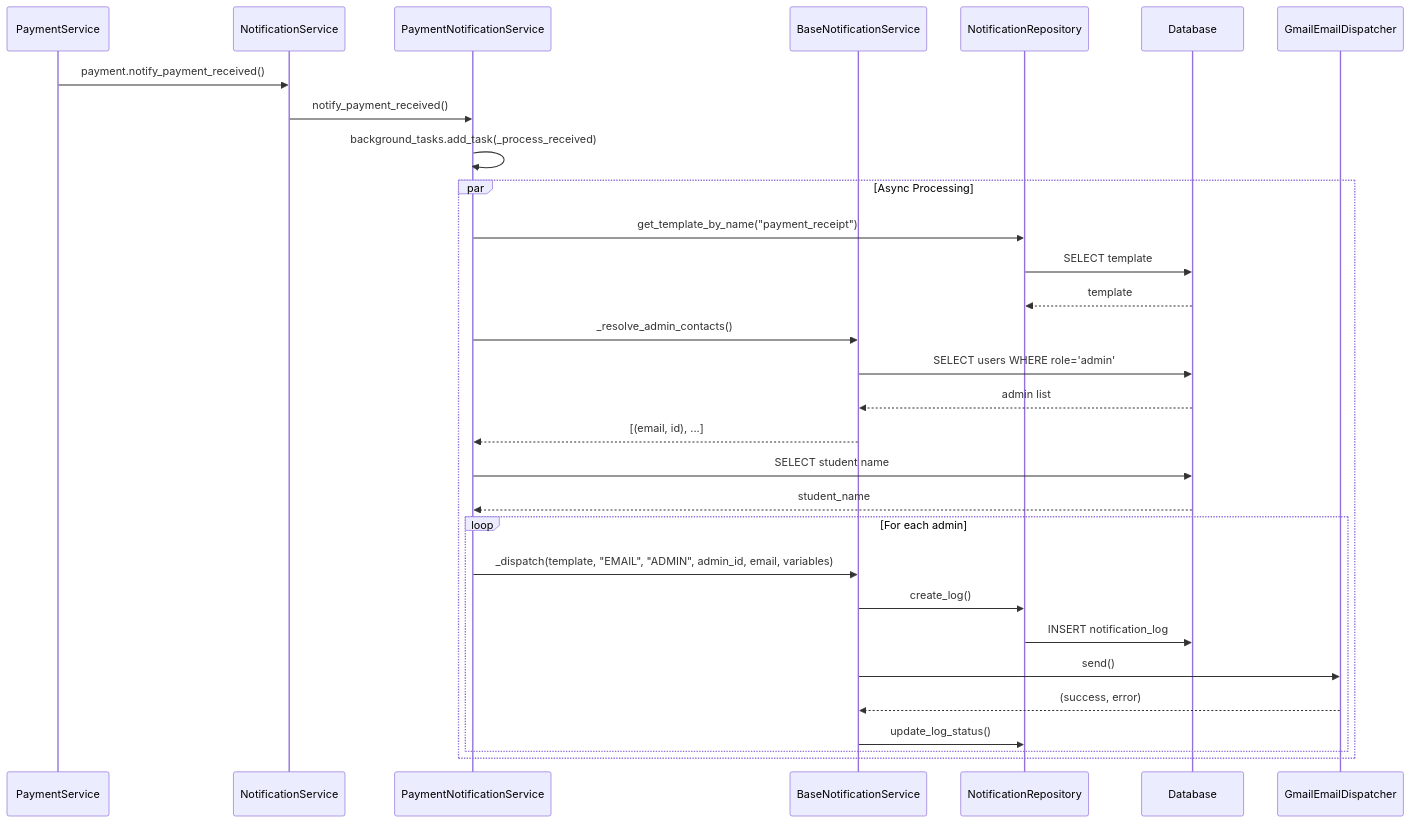
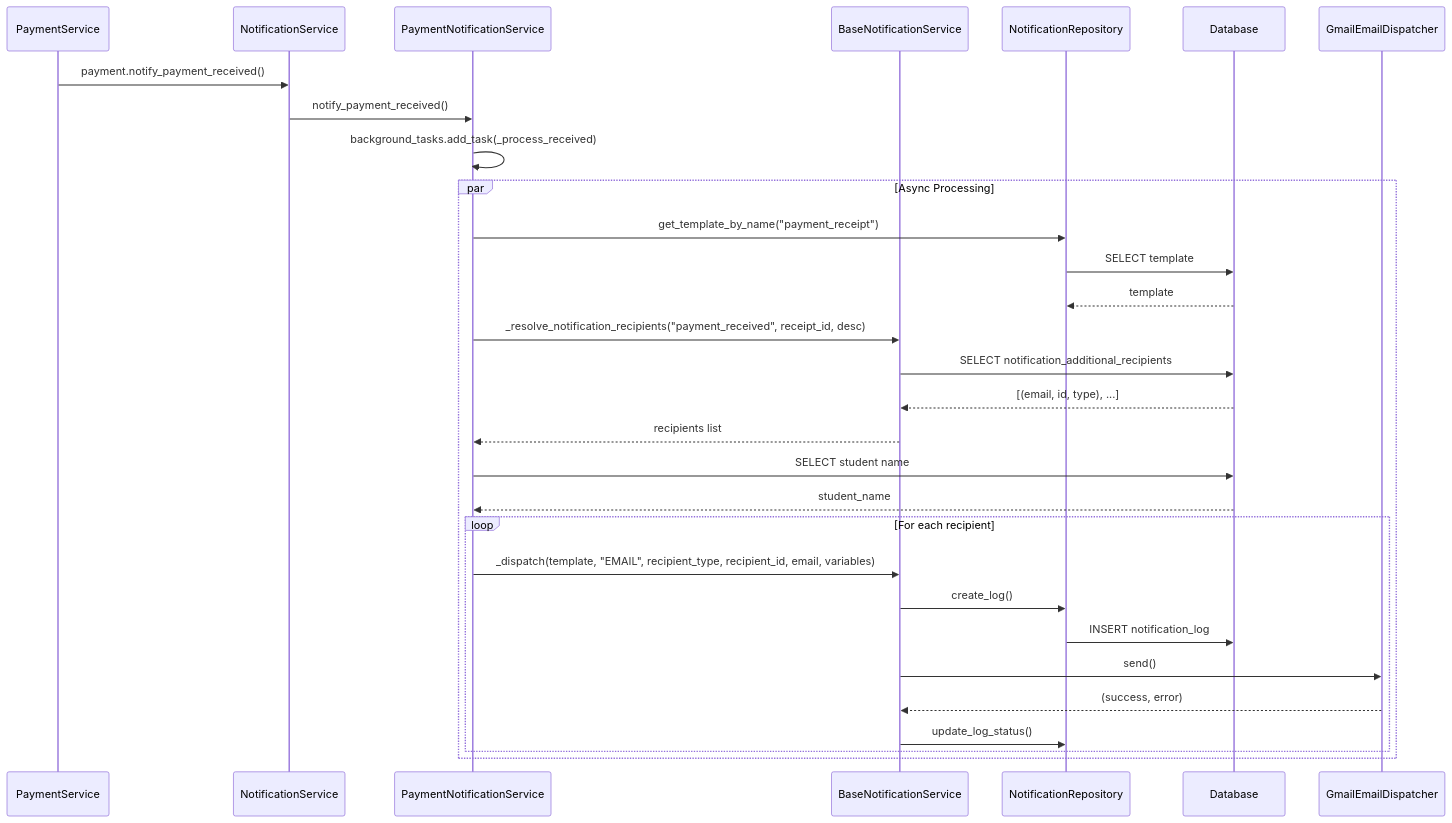
Before and after one commit to ibrhmahmd/techno-terminal: the fifth of 8 diagrams in docs/notification-architecture.md, drawn with Mermaid. The commit also changed other lines of this file, not shown here.

Commit message:
docs: update notification architecture documentation

````diff
--- a/docs/notification-architecture.md
+++ b/docs/notification-architecture.md
@@ -286,37 +285,37 @@
 ```mermaid
 sequenceDiagram
     participant Client as PaymentService
     participant NS as NotificationService
     participant PN as PaymentNotificationService
     participant BNS as BaseNotificationService
     participant Repo as NotificationRepository
     participant DB as Database
     participant Email as GmailEmailDispatcher
     
     Client->>NS: payment.notify_payment_received()
     NS->>PN: notify_payment_received()
     PN->>PN: background_tasks.add_task(_process_received)
     
     par Async Processing
         PN->>Repo: get_template_by_name("payment_receipt")
         Repo->>DB: SELECT template
         DB-->>Repo: template
         
-        PN->>BNS: _resolve_admin_contacts()
-        BNS->>DB: SELECT users WHERE role='admin'
-        DB-->>BNS: admin list
-        BNS-->>PN: [(email, id), ...]
+        PN->>BNS: _resolve_notification_recipients("payment_received", receipt_id, desc)
+        BNS->>DB: SELECT notification_additional_recipients
+        DB-->>BNS: [(email, id, type), ...]
+        BNS-->>PN: recipients list
         
         PN->>DB: SELECT student name
         DB-->>PN: student_name
         
-        loop For each admin
-            PN->>BNS: _dispatch(template, "EMAIL", "ADMIN", admin_id, email, variables)
+        loop For each recipient
+            PN->>BNS: _dispatch(template, "EMAIL", recipient_type, recipient_id, email, variables)
             BNS->>Repo: create_log()
             Repo->>DB: INSERT notification_log
             BNS->>Email: send()
             Email-->>BNS: (success, error)
             BNS->>Repo: update_log_status()
         end
     end
 ```
````
